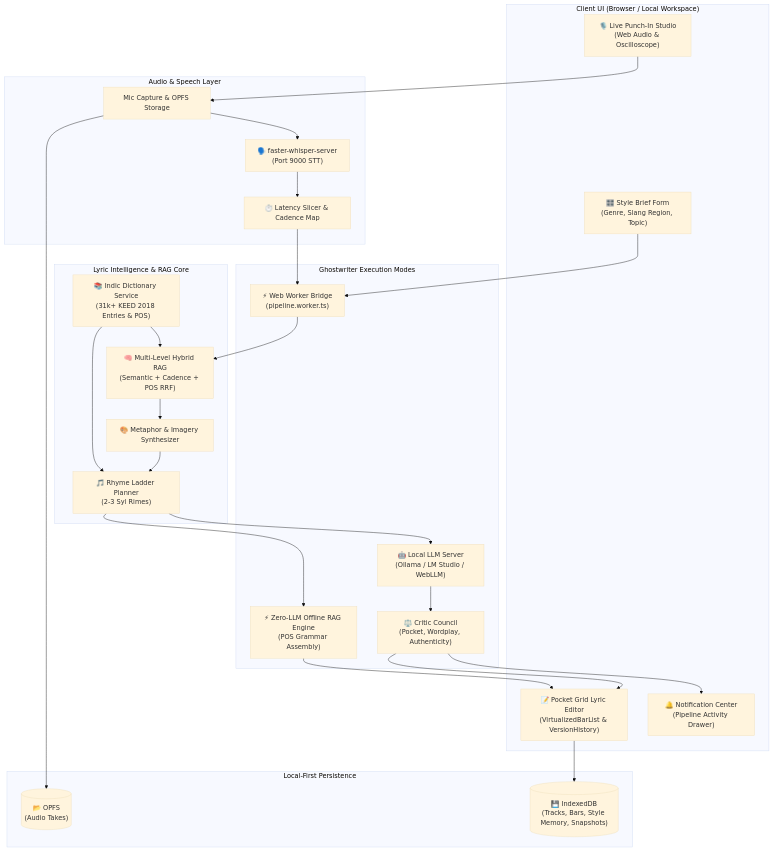
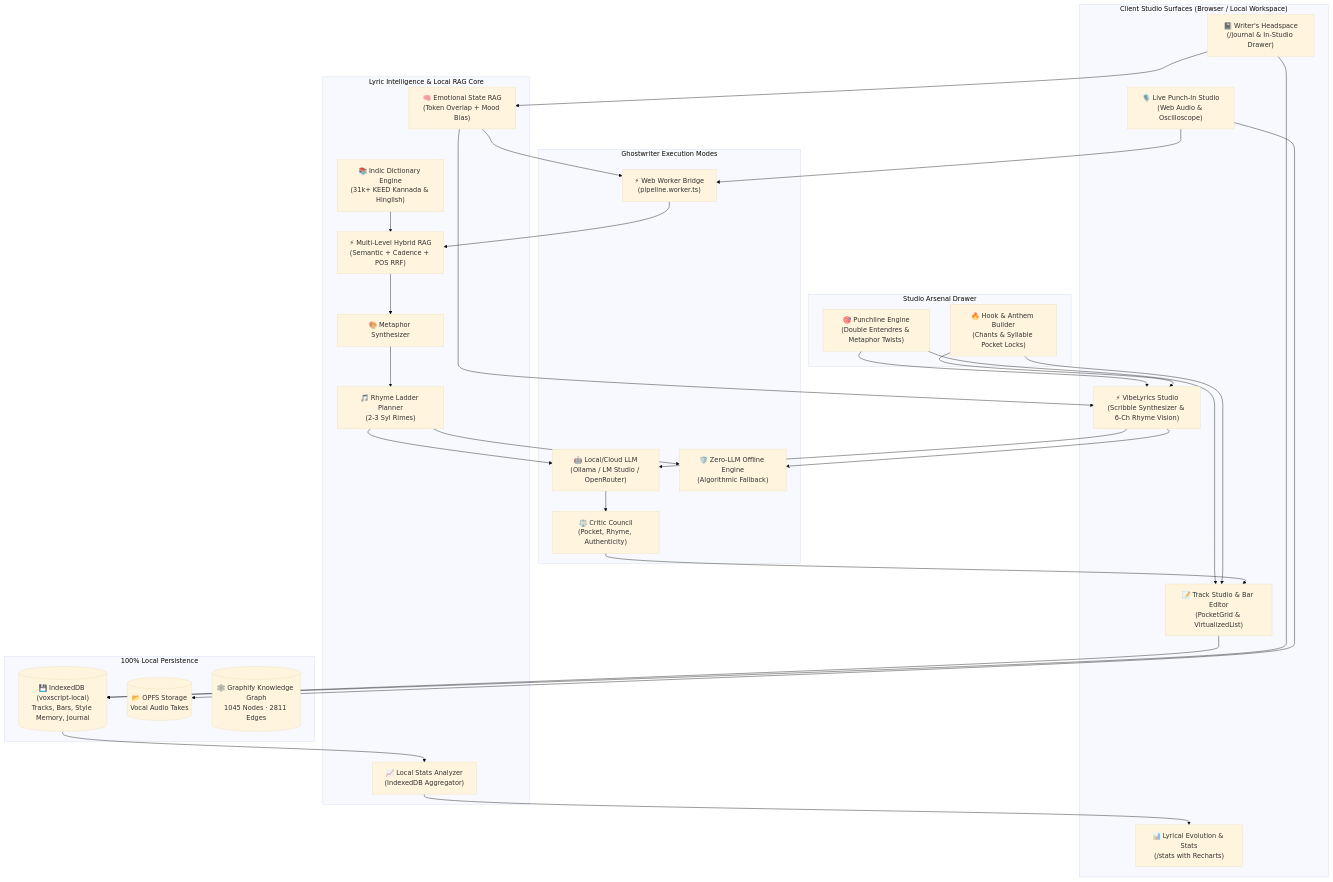
One commit to ChiragNSundar/VibeVox changed the diagram in README.md. Above: the diagram before and after it, drawn with Mermaid (base theme). The commit also changed other lines of this file, not shown here.

````diff
--- a/README.md
+++ b/README.md
@@ -47,56 +66,67 @@
 ```mermaid
 flowchart TD
-    subgraph Client["Client UI (Browser / Local Workspace)"]
+    subgraph StudioSurfaces["Client Studio Surfaces (Browser / Local Workspace)"]
         LiveStudio["🎙️ Live Punch-In Studio\n(Web Audio & Oscilloscope)"]
-        StyleBrief["🎛️ Style Brief Form\n(Genre, Slang Region, Topic)"]
-        LyricEditor["📝 Pocket Grid Lyric Editor\n(VirtualizedBarList & VersionHistory)"]
-        NotifCenter["🔔 Notification Center\n(Pipeline Activity Drawer)"]
+        LyricEditor["📝 Track Studio & Bar Editor\n(PocketGrid & VirtualizedList)"]
+        VibeStudio["⚡ VibeLyrics Studio\n(Scribble Synthesizer & 6-Ch Rhyme Vision)"]
+        JournalPage["📓 Writer's Headspace\n(/journal & In-Studio Drawer)"]
+        StatsDashboard["📊 Lyrical Evolution & Stats\n(/stats with Recharts)"]
     end
 
-    subgraph AudioEngine["Audio & Speech Layer"]
-        MicCapture["Mic Capture & OPFS Storage"]
-        LocalWhisper["🗣️ faster-whisper-server\n(Port 9000 STT)"]
-        CadenceSlicer["⏱️ Latency Slicer & Cadence Map"]
+    subgraph StudioArsenalLayer["Studio Arsenal Drawer"]
+        PunchlineEngine["🎯 Punchline Engine\n(Double Entendres & Metaphor Twists)"]
+        HookEngine["🔥 Hook & Anthem Builder\n(Chants & Syllable Pocket Locks)"]
     end
 
-    subgraph IntelligenceEngine["Lyric Intelligence & RAG Core"]
-        HybridRAG["🧠 Multi-Level Hybrid RAG\n(Semantic + Cadence + POS RRF)"]
-        MetaphorSynth["🎨 Metaphor & Imagery Synthesizer"]
+    subgraph IntelligenceEngine["Lyric Intelligence & Local RAG Core"]
+        JournalRAG["🧠 Emotional State RAG\n(Token Overlap + Mood Bias)"]
+        HybridRAG["⚡ Multi-Level Hybrid RAG\n(Semantic + Cadence + POS RRF)"]
+        MetaphorSynth["🎨 Metaphor Synthesizer"]
         RhymePlanner["🎵 Rhyme Ladder Planner\n(2-3 Syl Rimes)"]
-        DictEngine["📚 Indic Dictionary Service\n(31k+ KEED 2018 Entries & POS)"]
+        DictEngine["📚 Indic Dictionary Engine\n(31k+ KEED Kannada & Hinglish)"]
+        StatsEngine["📈 Local Stats Analyzer\n(IndexedDB Aggregator)"]
     end
 
-    subgraph PipelineExecution["Ghostwriter Execution Modes"]
+    subgraph ExecutionModes["Ghostwriter Execution Modes"]
         PipelineWorker["⚡ Web Worker Bridge\n(pipeline.worker.ts)"]
-        LocalLLM["🤖 Local LLM Server\n(Ollama / LM Studio / WebLLM)"]
-        ZeroLLMRAG["⚡ Zero-LLM Offline RAG Engine\n(POS Grammar Assembly)"]
-        CriticCouncil["⚖️ Critic Council\n(Pocket, Wordplay, Authenticity)"]
+        LocalLLM["🤖 Local/Cloud LLM\n(Ollama / LM Studio / OpenRouter)"]
+        ZeroLLMRAG["🛡️ Zero-LLM Offline Engine\n(Algorithmic Fallback)"]
+        CriticCouncil["⚖️ Critic Council\n(Pocket, Rhyme, Authenticity)"]
     end
 
-    subgraph StorageLayer["Local-First Persistence"]
-        IndexedDB[("💾 IndexedDB\n(Tracks, Bars, Style Memory, Snapshots)")]
-        OPFS[("📂 OPFS\n(Audio Takes)")]
+    subgraph StorageLayer["100% Local Persistence"]
+        IndexedDB[("💾 IndexedDB (voxscript-local)\nTracks, Bars, Style Memory, Journal")]
+        OPFS[("📂 OPFS Storage\nVocal Audio Takes")]
+        GraphifyKG[("🕸️ Graphify Knowledge Graph\n1045 Nodes · 2811 Edges")]
     end
 
-    LiveStudio --> MicCapture
-    MicCapture --> LocalWhisper
-    LocalWhisper --> CadenceSlicer
-    CadenceSlicer --> PipelineWorker
-    StyleBrief --> PipelineWorker
+    LiveStudio --> OPFS
+    LiveStudio --> PipelineWorker
+    LyricEditor --> IndexedDB
+    JournalPage --> IndexedDB
+
+    JournalPage --> JournalRAG
+    JournalRAG --> PipelineWorker
+    JournalRAG --> VibeStudio
+
+    PunchlineEngine --> LyricEditor
+    PunchlineEngine --> VibeStudio
+    HookEngine --> LyricEditor
+    HookEngine --> VibeStudio
+
+    VibeStudio --> LocalLLM
+    VibeStudio --> ZeroLLMRAG
 
     PipelineWorker --> HybridRAG
     DictEngine --> HybridRAG
-    DictEngine --> RhymePlanner
     HybridRAG --> MetaphorSynth
     MetaphorSynth --> RhymePlanner
 
     RhymePlanner --> LocalLLM
     RhymePlanner --> ZeroLLMRAG
     LocalLLM --> CriticCouncil
-    CriticCouncil --> NotifCenter
     CriticCouncil --> LyricEditor
-    ZeroLLMRAG --> LyricEditor
 
-    LyricEditor --> IndexedDB
-    MicCapture --> OPFS
+    IndexedDB --> StatsEngine
+    StatsEngine --> StatsDashboard
 ```
````
